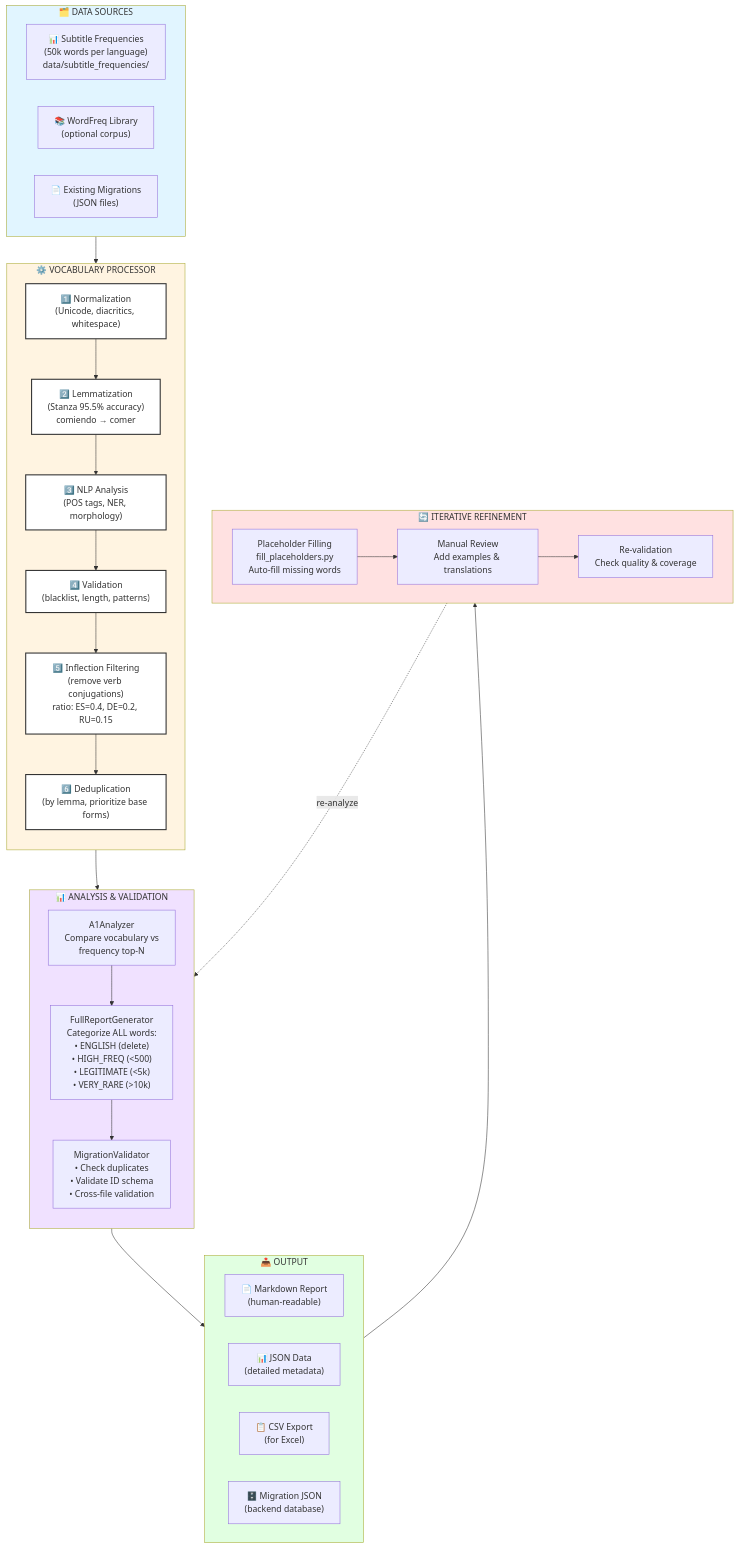
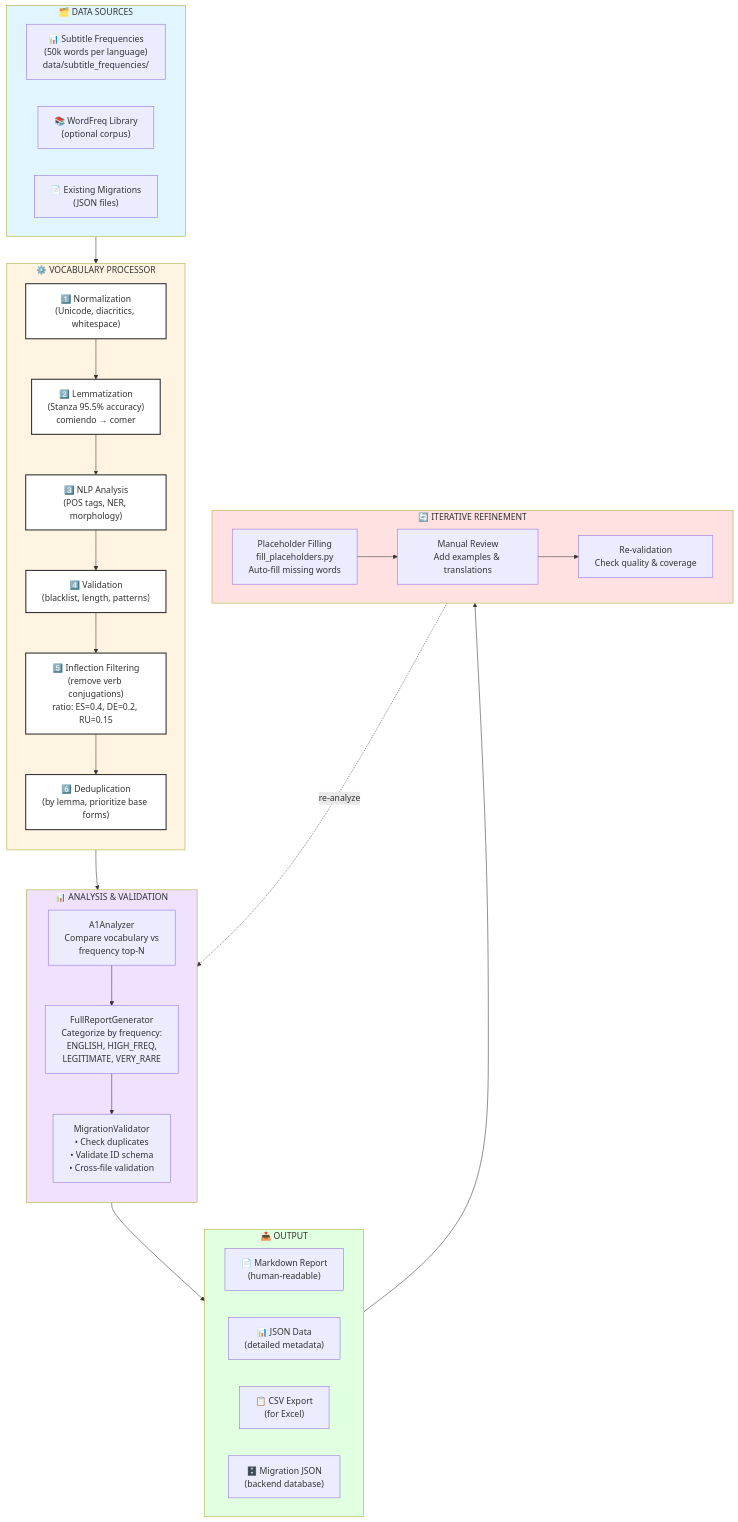
One commit to nikolay-e/lingua-quiz-app changed the diagram in packages/word-processing/CLAUDE.md. Above: the diagram before and after it, drawn with Mermaid. The commit also changed 19 other files, not shown here.

````diff
--- a/packages/word-processing/CLAUDE.md
+++ b/packages/word-processing/CLAUDE.md
@@ -398,60 +398,60 @@
 ```mermaid
 flowchart TB
     subgraph Sources["🗂️ DATA SOURCES"]
         S1["📊 Subtitle Frequencies<br/>(50k words per language)<br/>data/subtitle_frequencies/"]
         S2["📚 WordFreq Library<br/>(optional corpus)"]
         S3["📄 Existing Migrations<br/>(JSON files)"]
     end
 
     subgraph Processing["⚙️ VOCABULARY PROCESSOR"]
         direction TB
         P1["1️⃣ Normalization<br/>(Unicode, diacritics, whitespace)"]
         P2["2️⃣ Lemmatization<br/>(Stanza 95.5% accuracy)<br/>comiendo → comer"]
         P3["3️⃣ NLP Analysis<br/>(POS tags, NER, morphology)"]
         P4["4️⃣ Validation<br/>(blacklist, length, patterns)"]
         P5["5️⃣ Inflection Filtering<br/>(remove verb conjugations)<br/>ratio: ES=0.4, DE=0.2, RU=0.15"]
         P6["6️⃣ Deduplication<br/>(by lemma, prioritize base forms)"]
 
         P1 --> P2 --> P3 --> P4 --> P5 --> P6
     end
 
     subgraph Analysis["📊 ANALYSIS & VALIDATION"]
         direction TB
         A1["A1Analyzer<br/>Compare vocabulary vs<br/>frequency top-N"]
-        A2["FullReportGenerator<br/>Categorize ALL words:<br/>• ENGLISH (delete)<br/>• HIGH_FREQ (<500)<br/>• LEGITIMATE (<5k)<br/>• VERY_RARE (>10k)"]
+        A2["FullReportGenerator<br/>Categorize by frequency:<br/>ENGLISH, HIGH_FREQ,<br/>LEGITIMATE, VERY_RARE"]
         A3["MigrationValidator<br/>• Check duplicates<br/>• Validate ID schema<br/>• Cross-file validation"]
 
         A1 --> A2
         A2 --> A3
     end
 
     subgraph Output["📤 OUTPUT"]
         O1["📄 Markdown Report<br/>(human-readable)"]
         O2["📊 JSON Data<br/>(detailed metadata)"]
         O3["📋 CSV Export<br/>(for Excel)"]
         O4["🗄️ Migration JSON<br/>(backend database)"]
     end
 
     subgraph Iteration["🔄 ITERATIVE REFINEMENT"]
         I1["Placeholder Filling<br/>fill_placeholders.py<br/>Auto-fill missing words"]
         I2["Manual Review<br/>Add examples & translations"]
         I3["Re-validation<br/>Check quality & coverage"]
 
         I1 --> I2 --> I3
     end
 
     Sources --> Processing
     Processing --> Analysis
     Analysis --> Output
     Output --> Iteration
     Iteration -.re-analyze.-> Analysis
 
     style Sources fill:#e1f5ff
     style Processing fill:#fff4e1
     style Analysis fill:#f0e1ff
     style Output fill:#e1ffe1
     style Iteration fill:#ffe1e1
 
     classDef processBox fill:#fff,stroke:#333,stroke-width:2px
     class P1,P2,P3,P4,P5,P6 processBox
 ```
````
